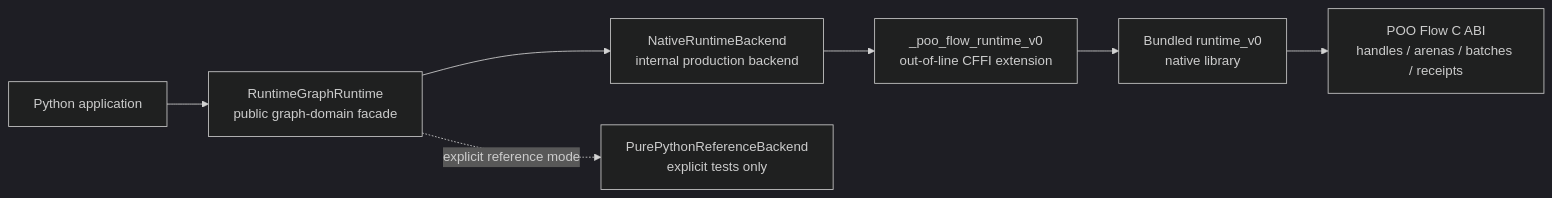
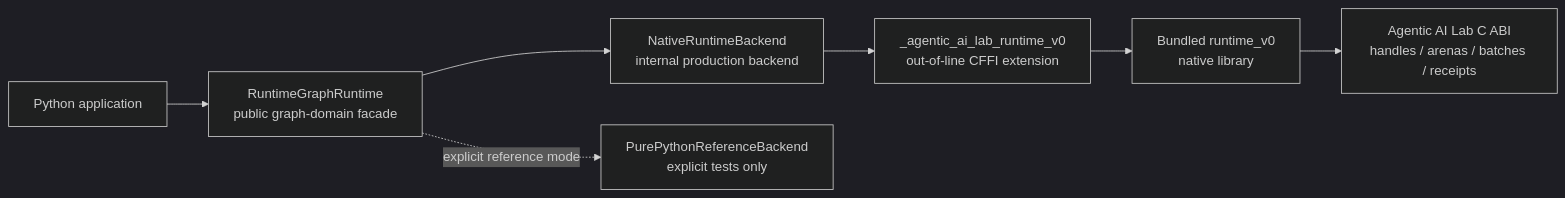
The first of 2 diagrams in module-system/design/120-agentic-control-plane-ac07-python-production-cffi-runtime-design.org (tao3k/gebril-yuanxu), drawn with Mermaid (dark theme) before and after one commit. The commit also changed other lines of this file and 507 other files, not shown here.

```diff
--- a/module-system/design/120-agentic-control-plane-ac07-python-production-cffi-runtime-design.org
+++ b/module-system/design/120-agentic-control-plane-ac07-python-production-cffi-runtime-design.org
@@ -53,17 +53,17 @@
 #+begin_src mermaid
 flowchart LR
     APP["Python application"]
     FACADE["RuntimeGraphRuntime<br/>public graph-domain facade"]
     BACKEND["NativeRuntimeBackend<br/>internal production backend"]
-    CFFI["_poo_flow_runtime_v0<br/>out-of-line CFFI extension"]
+    CFFI["_agentic_ai_lab_runtime_v0<br/>out-of-line CFFI extension"]
     LIB["Bundled runtime_v0<br/>native library"]
-    KERNEL["POO Flow C ABI<br/>handles / arenas / batches / receipts"]
+    KERNEL["Agentic AI Lab C ABI<br/>handles / arenas / batches / receipts"]
     REF["PurePythonReferenceBackend<br/>explicit tests only"]
 
     APP --> FACADE
     FACADE --> BACKEND
     BACKEND --> CFFI
     CFFI --> LIB
     LIB --> KERNEL
     FACADE -. "explicit reference mode" .-> REF
 #+end_src
```
